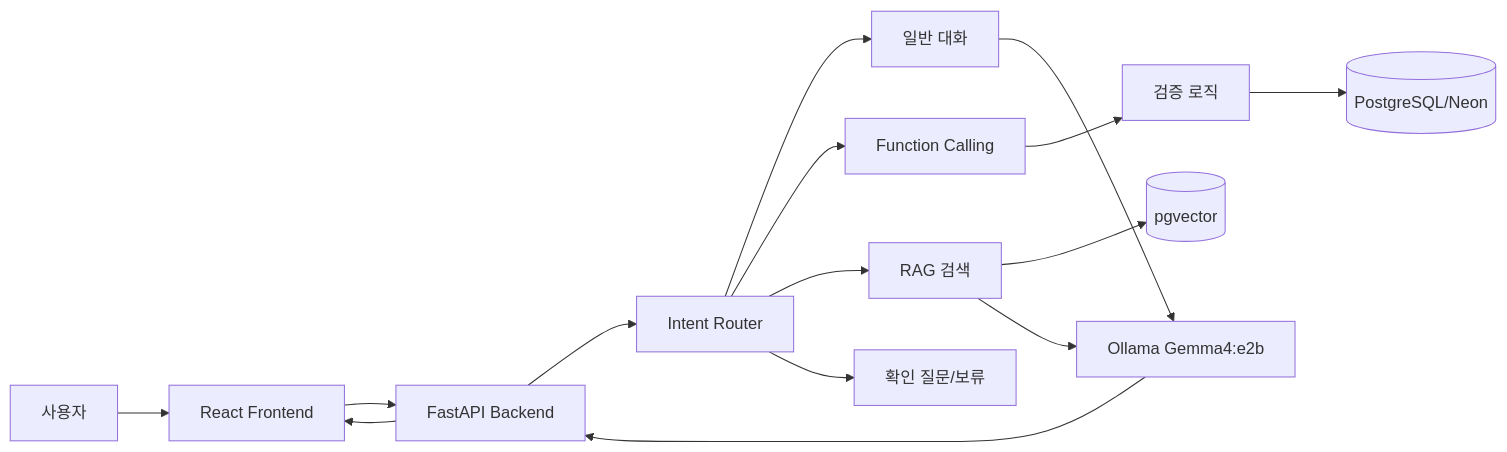
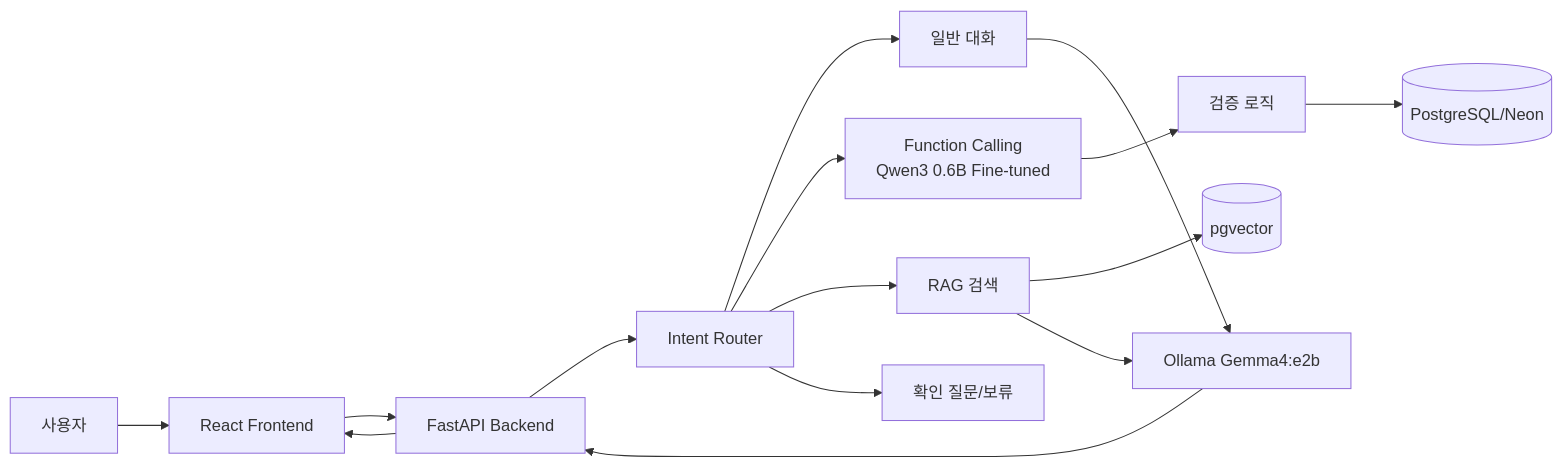
One commit to jaenga/personalized-mission-coach-ai changed the diagram in README.md. Above: the diagram before and after it, drawn with Mermaid. The commit also changed other lines of this file, not shown here.

````diff
--- a/README.md
+++ b/README.md
@@ -57,17 +66,17 @@
 ```mermaid
 flowchart LR
     U[사용자] --> F[React Frontend]
     F --> API[FastAPI Backend]
     API --> R[Intent Router]
     R --> C[일반 대화]
-    R --> FC[Function Calling]
+    R --> FC["Function Calling<br/>Qwen3 0.6B Fine-tuned"]
     R --> RAG[RAG 검색]
     R --> CL[확인 질문/보류]
     C --> LLM[Ollama Gemma4:e2b]
     FC --> V[검증 로직]
     V --> DB[(PostgreSQL/Neon)]
     RAG --> PGV[(pgvector)]
     RAG --> LLM
     LLM --> API
     API --> F
 ```
````
